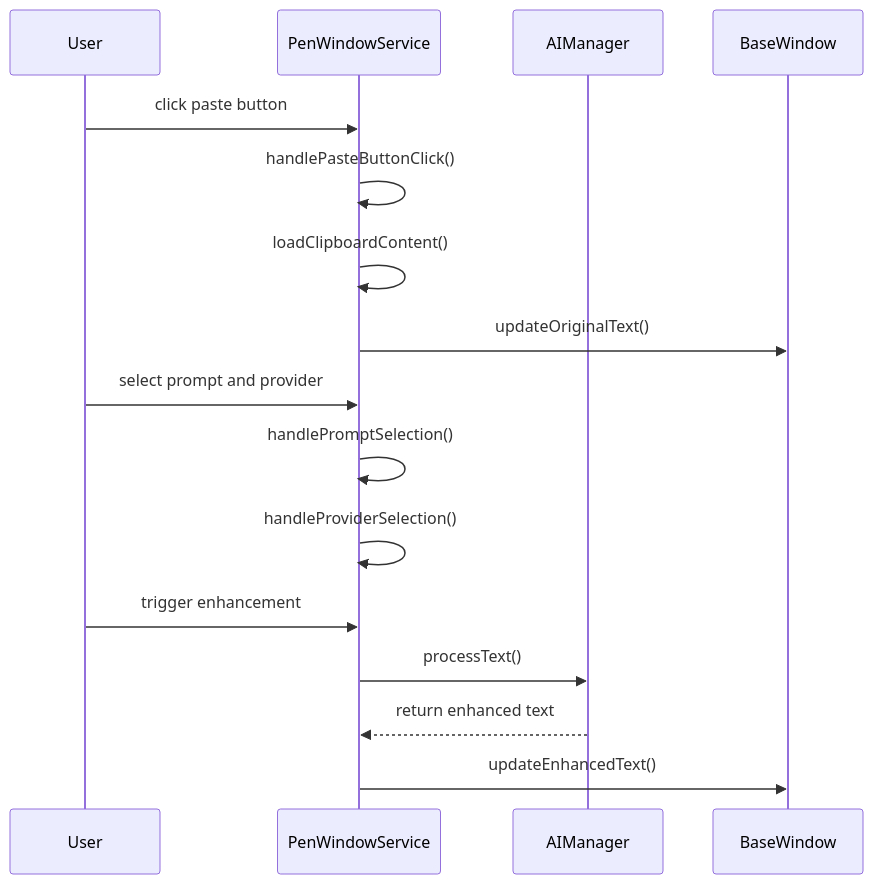
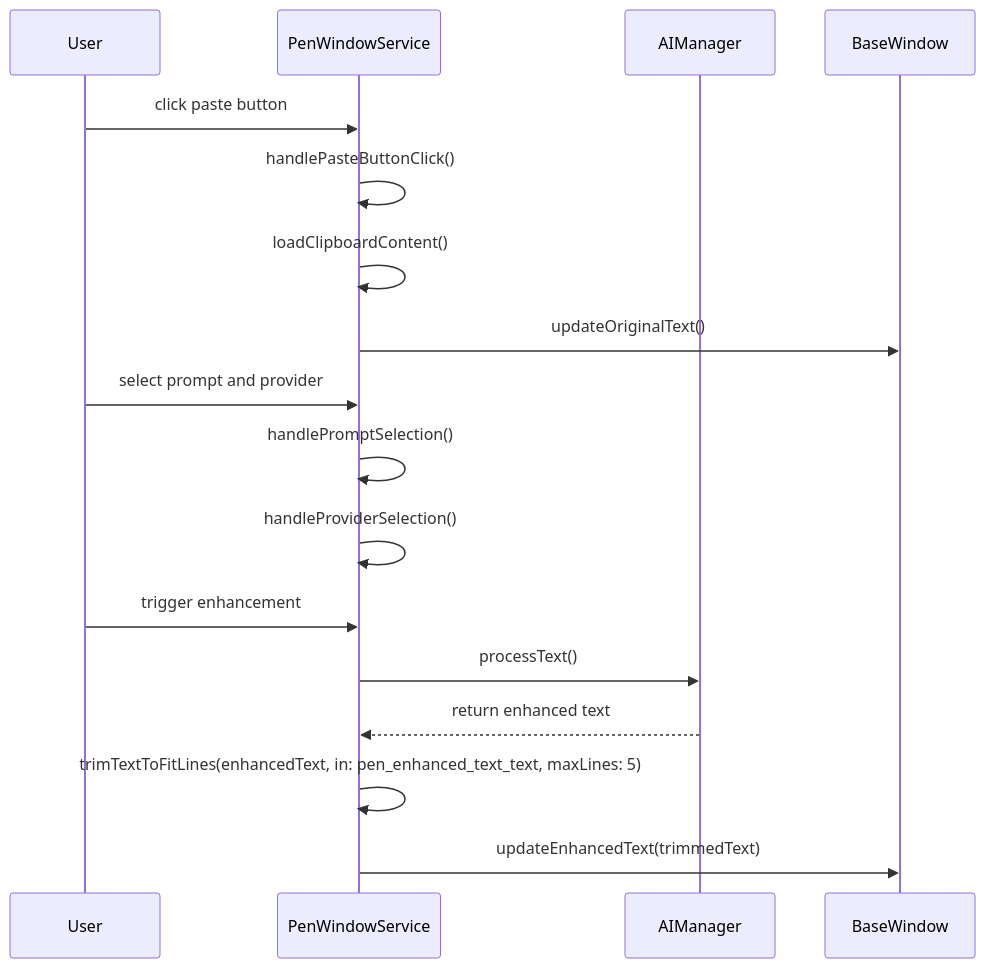
One commit to ethanhuangcst/pen.ai changed the third of 5 diagrams in Docs/tech-design/design_PenWindowService.md. Above: the diagram before and after it, drawn with Mermaid. The commit also changed other lines of this file and 12 other files, not shown here.

````diff
--- a/Docs/tech-design/design_PenWindowService.md
+++ b/Docs/tech-design/design_PenWindowService.md
@@ -165,19 +165,20 @@
 ```mermaid
 sequenceDiagram
     participant U as User
     participant PWS as PenWindowService
     participant AM as AIManager
     participant BW as BaseWindow
     
     U->>PWS: click paste button
     PWS->>PWS: handlePasteButtonClick()
     PWS->>PWS: loadClipboardContent()
     PWS->>BW: updateOriginalText()
     U->>PWS: select prompt and provider
     PWS->>PWS: handlePromptSelection()
     PWS->>PWS: handleProviderSelection()
     U->>PWS: trigger enhancement
     PWS->>AM: processText()
     AM-->>PWS: return enhanced text
-    PWS->>BW: updateEnhancedText()
+    PWS->>PWS: trimTextToFitLines(enhancedText, in: pen_enhanced_text_text, maxLines: 5)
+    PWS->>BW: updateEnhancedText(trimmedText)
 ```
````
